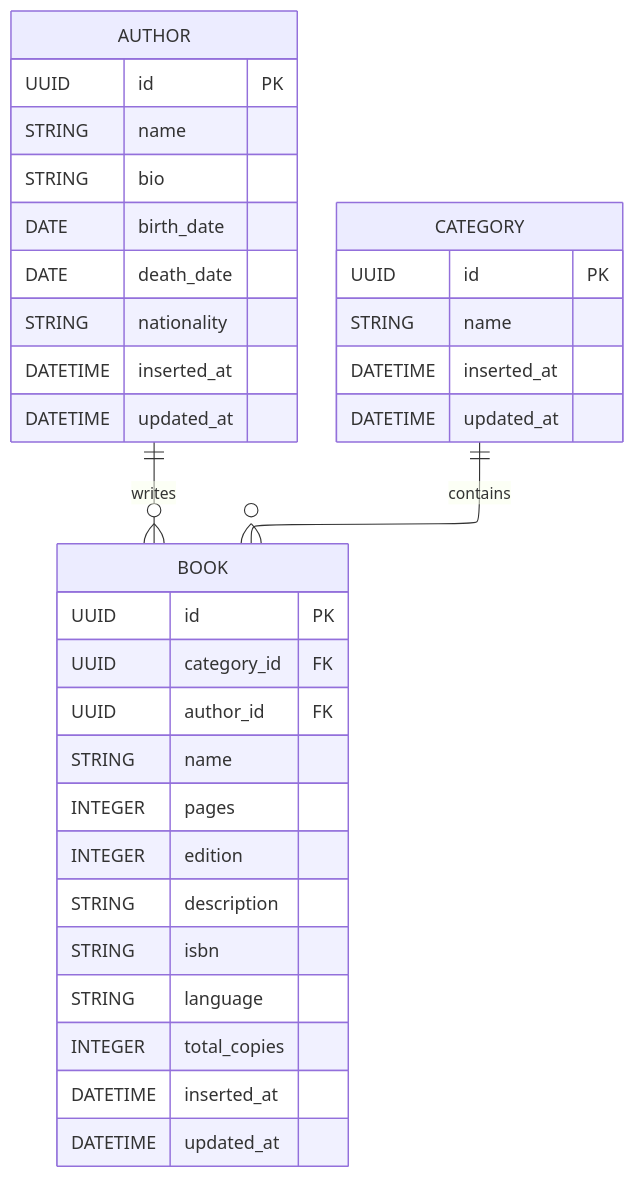
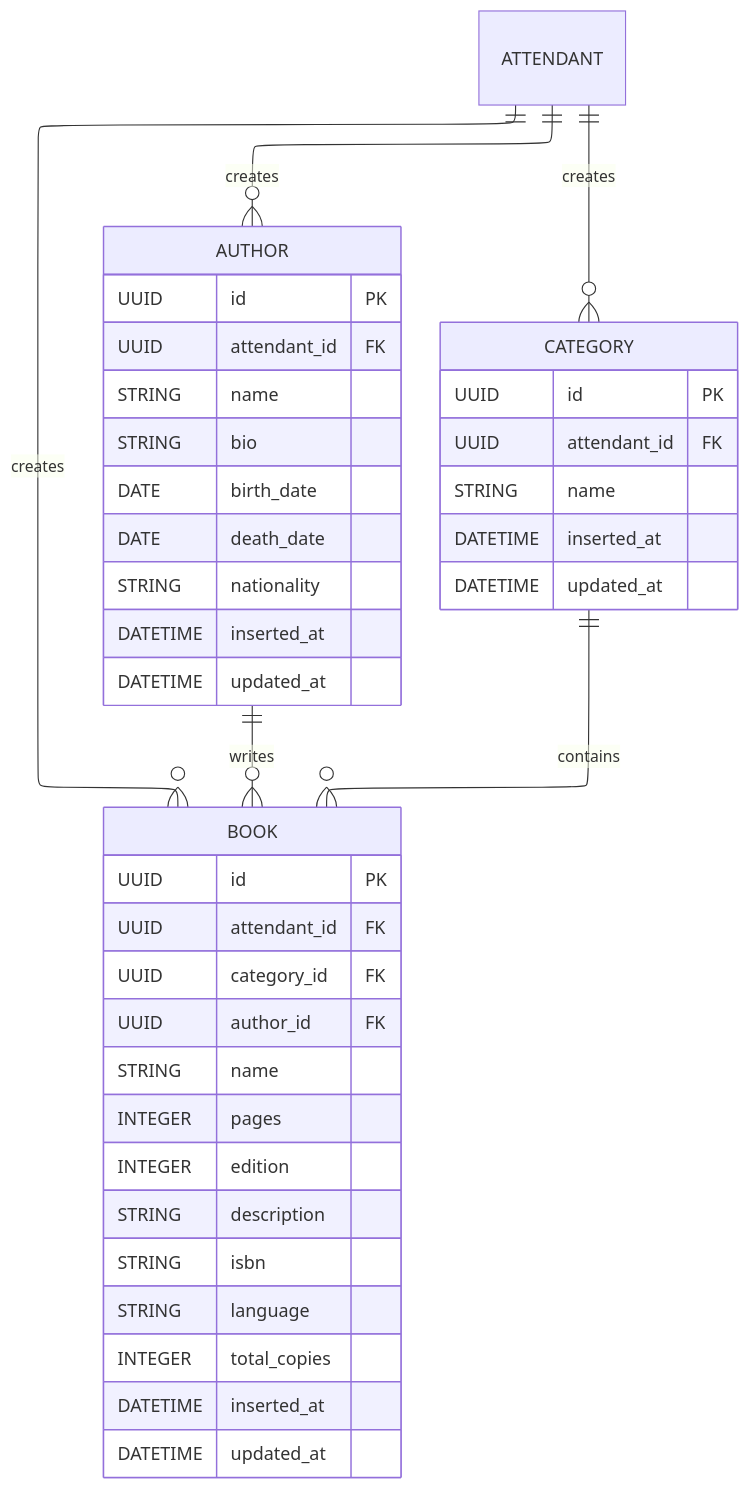
The first of 4 diagrams in docs/architecture.md (ali1ariel/alashandria), drawn with Mermaid before and after one commit. The commit also changed other lines of this file, not shown here.

````diff
--- a/docs/architecture.md
+++ b/docs/architecture.md
@@ -19,44 +19,50 @@
 ```mermaid
 ---
 config:
   layout: elk
 ---
 erDiagram
     AUTHOR ||--o{ BOOK : writes
     CATEGORY ||--o{ BOOK : contains
+    ATTENDANT ||--o{ BOOK : creates
+    ATTENDANT ||--o{ AUTHOR : creates
+    ATTENDANT ||--o{ CATEGORY : creates
 
     AUTHOR {
 
         UUID id PK
+        UUID attendant_id FK
         STRING name
         STRING bio
         DATE birth_date
         DATE death_date
         STRING nationality
         DATETIME inserted_at
         DATETIME updated_at
 
     }
 
     CATEGORY {
         UUID id PK
+        UUID attendant_id FK
         STRING name
         DATETIME inserted_at
         DATETIME updated_at
     }
 
     BOOK {
         UUID id PK
+        UUID attendant_id FK
         UUID category_id FK
         UUID author_id FK
         STRING name
         INTEGER pages
         INTEGER edition
         STRING description
         STRING isbn
         STRING language
         INTEGER total_copies
         DATETIME inserted_at
         DATETIME updated_at
     }
 ```
````
